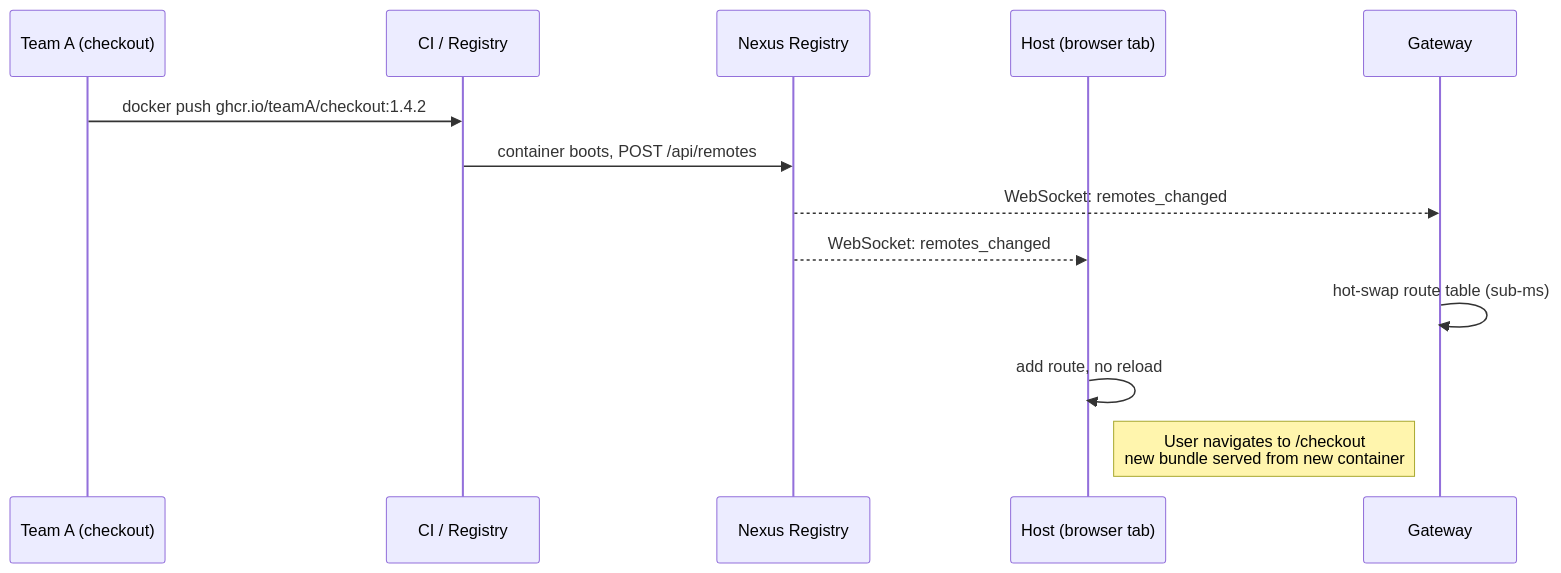
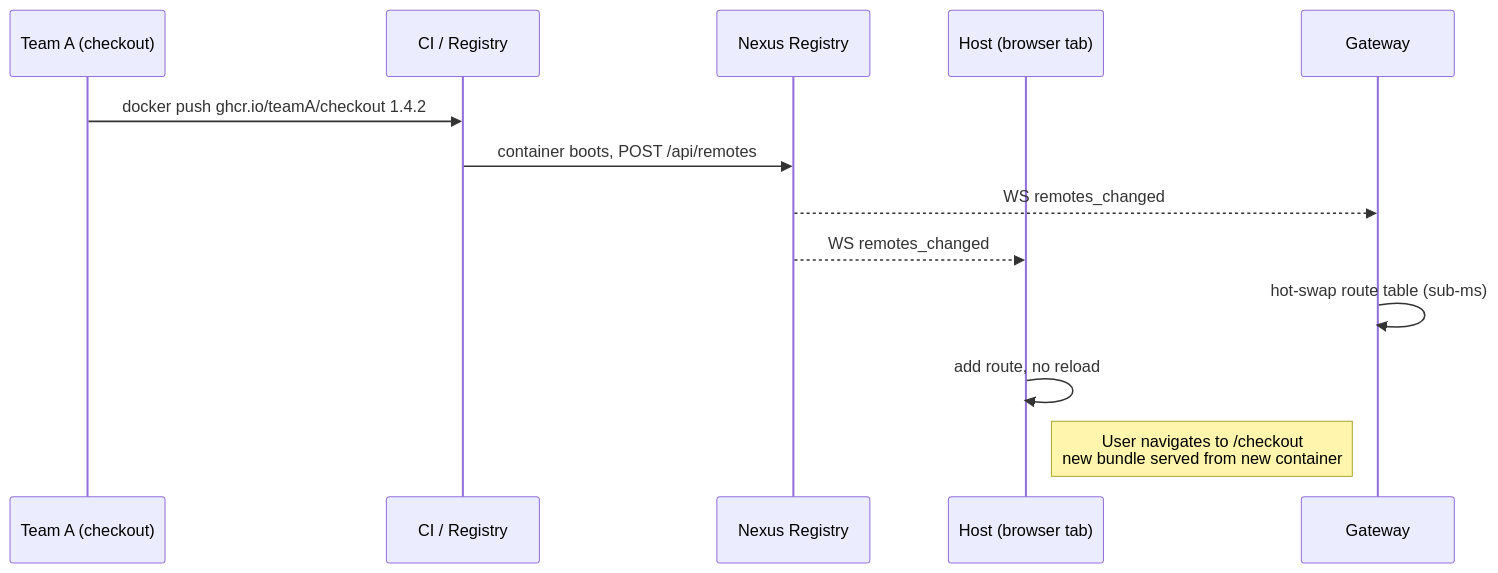
The diagram in docs/getting-started/why-nexus.md (Bimo-dk/nexus), drawn with Mermaid before and after one commit. The commit also changed 5 other files, not shown here.

First line of the commit message:
docs: rewrite README and fix mermaid parse errors for v1 multi-framework

````diff
--- a/docs/getting-started/why-nexus.md
+++ b/docs/getting-started/why-nexus.md
@@ -60,16 +60,16 @@
 ```mermaid
 sequenceDiagram
   participant Team as Team A (checkout)
   participant CI as CI / Registry
   participant R as Nexus Registry
   participant H as Host (browser tab)
   participant G as Gateway
 
-  Team->>CI: docker push ghcr.io/teamA/checkout:1.4.2
+  Team->>CI: docker push ghcr.io/teamA/checkout 1.4.2
   CI->>R: container boots, POST /api/remotes
-  R-->>G: WebSocket: remotes_changed
-  R-->>H: WebSocket: remotes_changed
+  R-->>G: WS remotes_changed
+  R-->>H: WS remotes_changed
   G->>G: hot-swap route table (sub-ms)
   H->>H: add route, no reload
   Note right of H: User navigates to /checkout<br/>new bundle served from new container
 ```
````
